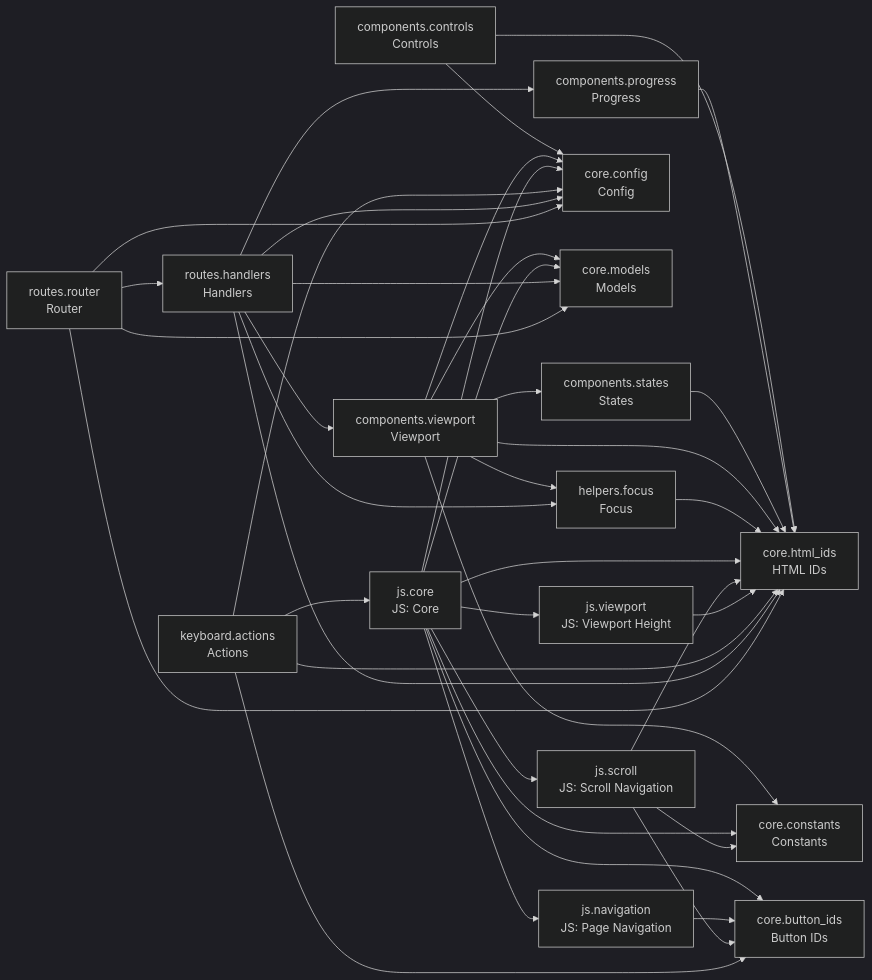
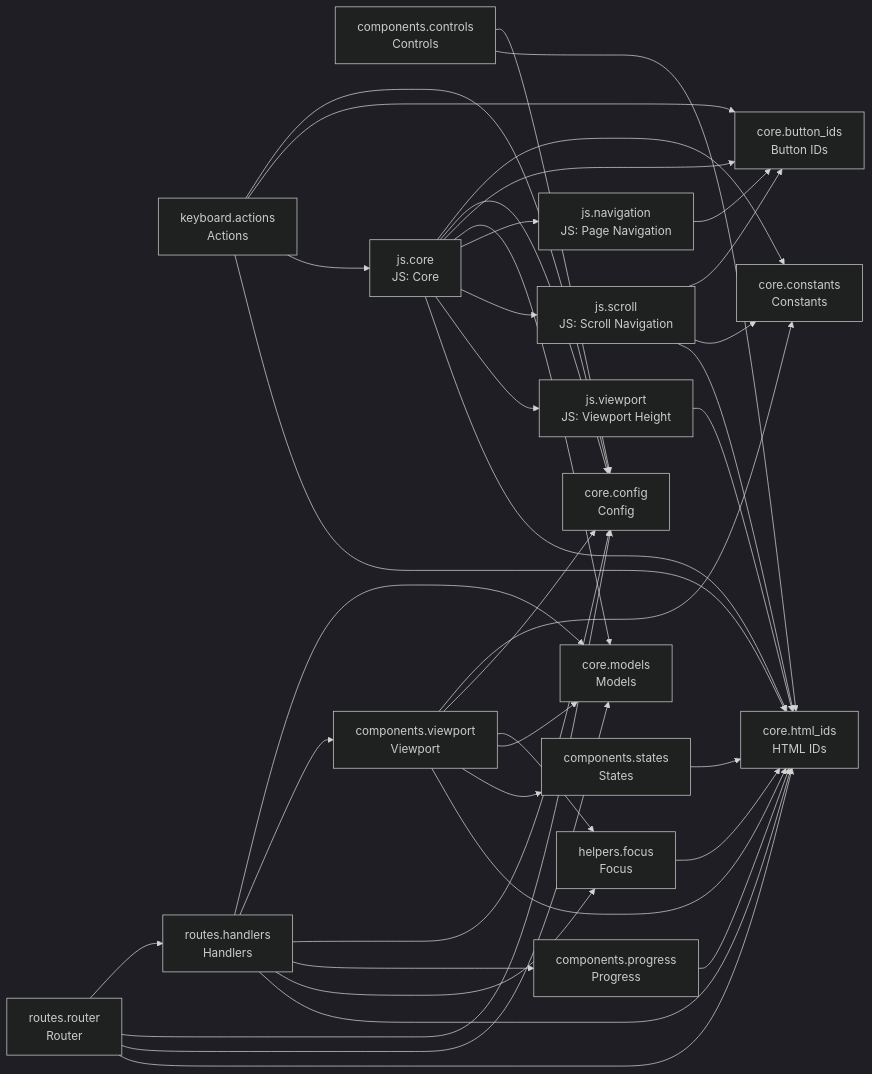
One commit to cj-mills/cjm-fasthtml-card-stack changed the diagram in README.md. Above: the diagram before and after it, drawn with Mermaid (dark theme). The commit also changed other lines of this file and 8 other files, not shown here.

````diff
--- a/README.md
+++ b/README.md
@@ -43,59 +43,59 @@
 ``` mermaid
 graph LR
     components_controls[components.controls<br/>Controls]
     components_progress[components.progress<br/>Progress]
     components_states[components.states<br/>States]
     components_viewport[components.viewport<br/>Viewport]
     core_button_ids[core.button_ids<br/>Button IDs]
     core_config[core.config<br/>Config]
     core_constants[core.constants<br/>Constants]
     core_html_ids[core.html_ids<br/>HTML IDs]
     core_models[core.models<br/>Models]
     helpers_focus[helpers.focus<br/>Focus]
     js_core[js.core<br/>JS: Core]
     js_navigation[js.navigation<br/>JS: Page Navigation]
     js_scroll[js.scroll<br/>JS: Scroll Navigation]
     js_viewport[js.viewport<br/>JS: Viewport Height]
     keyboard_actions[keyboard.actions<br/>Actions]
     routes_handlers[routes.handlers<br/>Handlers]
     routes_router[routes.router<br/>Router]
 
+    components_controls --> core_config
     components_controls --> core_html_ids
-    components_controls --> core_config
     components_progress --> core_html_ids
     components_states --> core_html_ids
+    components_viewport --> core_constants
+    components_viewport --> core_config
     components_viewport --> helpers_focus
     components_viewport --> core_models
+    components_viewport --> components_states
     components_viewport --> core_html_ids
-    components_viewport --> core_config
-    components_viewport --> components_states
-    components_viewport --> core_constants
     helpers_focus --> core_html_ids
-    js_core --> js_viewport
     js_core --> core_constants
-    js_core --> js_scroll
-    js_core --> js_navigation
-    js_core --> core_html_ids
-    js_core --> core_models
     js_core --> core_config
     js_core --> core_button_ids
+    js_core --> core_models
+    js_core --> js_navigation
+    js_core --> js_scroll
+    js_core --> js_viewport
+    js_core --> core_html_ids
     js_navigation --> core_button_ids
+    js_scroll --> core_button_ids
     js_scroll --> core_constants
     js_scroll --> core_html_ids
-    js_scroll --> core_button_ids
     js_viewport --> core_html_ids
     keyboard_actions --> core_config
+    keyboard_actions --> core_button_ids
+    keyboard_actions --> js_core
     keyboard_actions --> core_html_ids
-    keyboard_actions --> js_core
-    keyboard_actions --> core_button_ids
+    routes_handlers --> core_models
     routes_handlers --> components_viewport
-    routes_handlers --> core_models
+    routes_handlers --> core_config
     routes_handlers --> components_progress
-    routes_handlers --> core_config
+    routes_handlers --> helpers_focus
     routes_handlers --> core_html_ids
-    routes_handlers --> helpers_focus
     routes_router --> routes_handlers
+    routes_router --> core_config
     routes_router --> core_models
     routes_router --> core_html_ids
-    routes_router --> core_config
 ```
````
